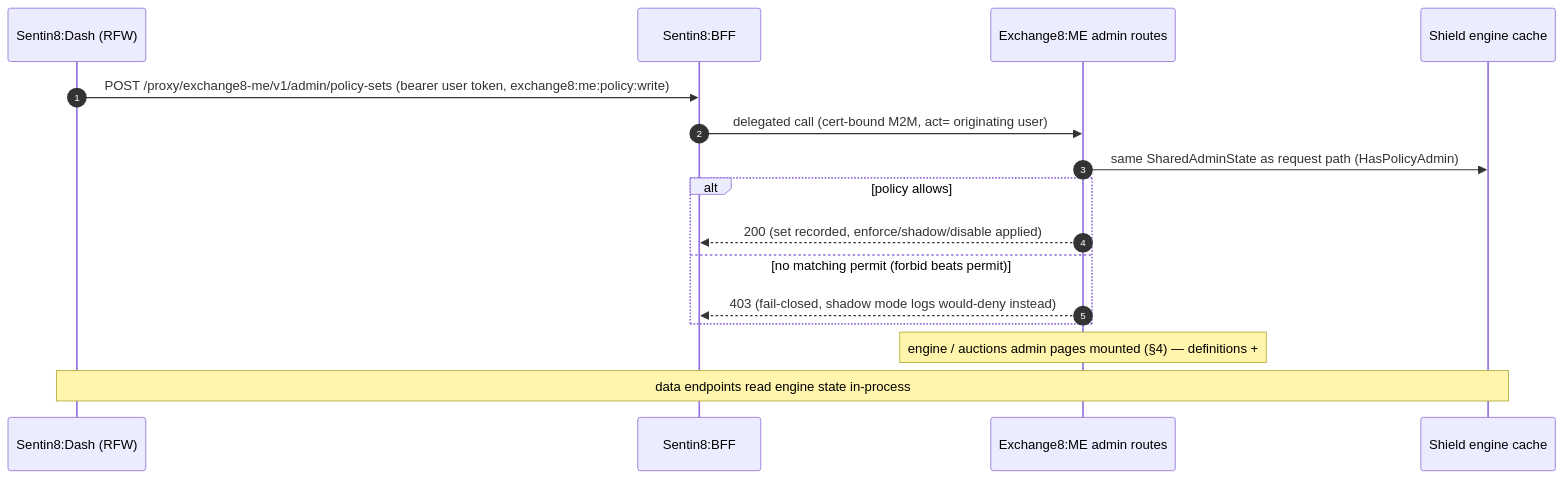
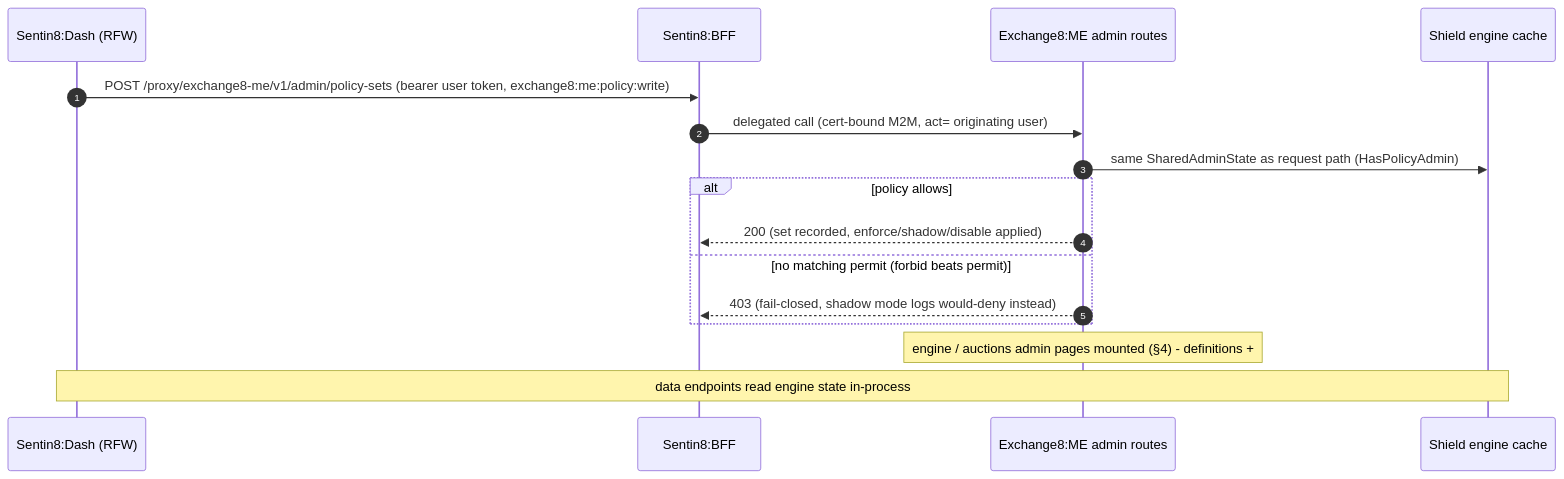
One commit to Exchange8-dev/exchange8-me changed the sixth of 15 diagrams in DESIGN.md. Above: the diagram before and after it, drawn with Mermaid. The commit also changed other lines of this file and 21 other files, not shown here.

````diff
--- a/DESIGN.md
+++ b/DESIGN.md
@@ -215,18 +215,18 @@
 ```mermaid
 sequenceDiagram
     autonumber
     participant UI as Sentin8:Dash (RFW)
     participant BFF as Sentin8:BFF
     participant ME as Exchange8:ME admin routes
     participant SHIELD as Shield engine cache
     UI->>BFF: POST /proxy/exchange8-me/v1/admin/policy-sets (bearer user token, exchange8:me:policy:write)
     BFF->>ME: delegated call (cert-bound M2M, act= originating user)
     ME->>SHIELD: same SharedAdminState as request path (HasPolicyAdmin)
     alt policy allows
         ME-->>BFF: 200 (set recorded, enforce/shadow/disable applied)
     else no matching permit (forbid beats permit)
         ME-->>BFF: 403 (fail-closed, shadow mode logs would-deny instead)
     end
-    Note over ME: engine / auctions admin pages mounted (§4) — definitions +
+    Note over ME: engine / auctions admin pages mounted (§4) - definitions +
     Note over UI,SHIELD: data endpoints read engine state in-process
 ```
````
